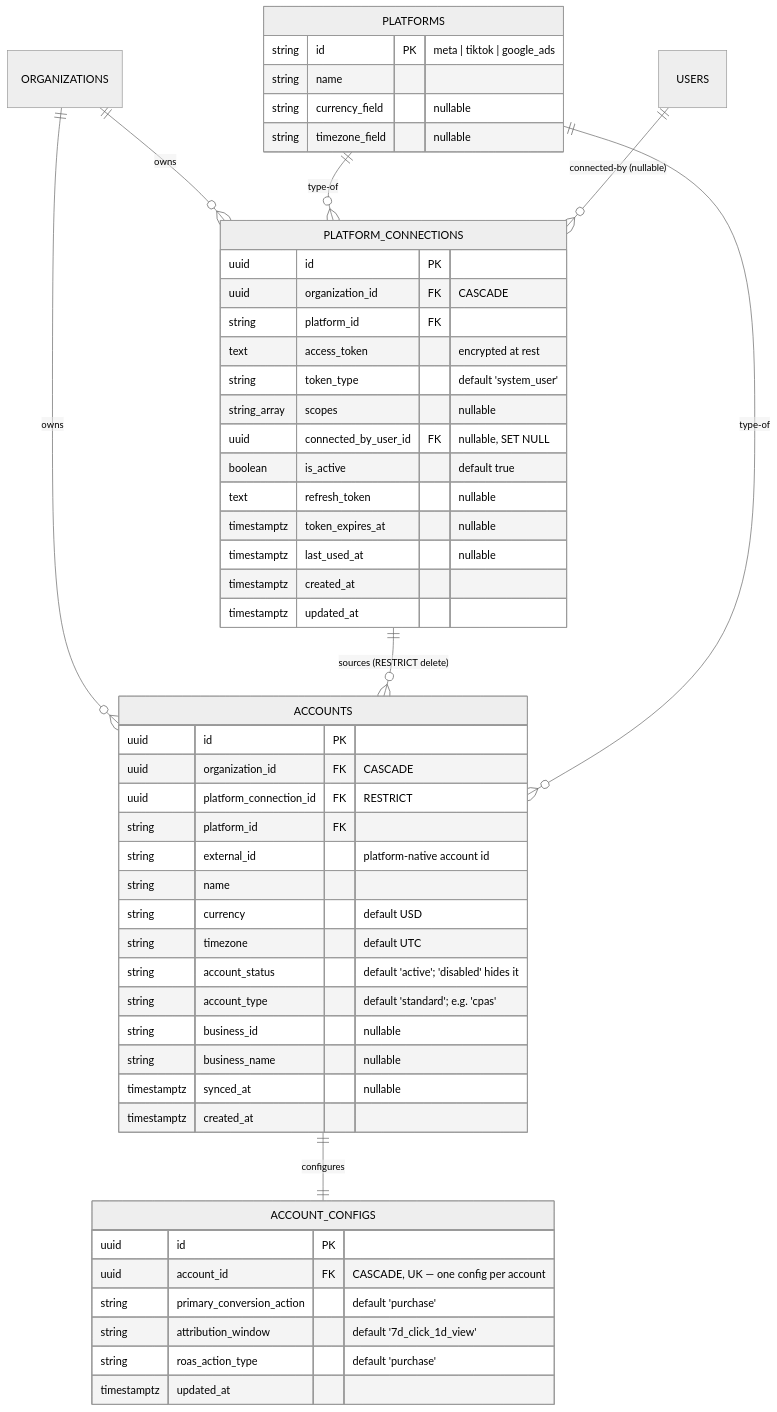
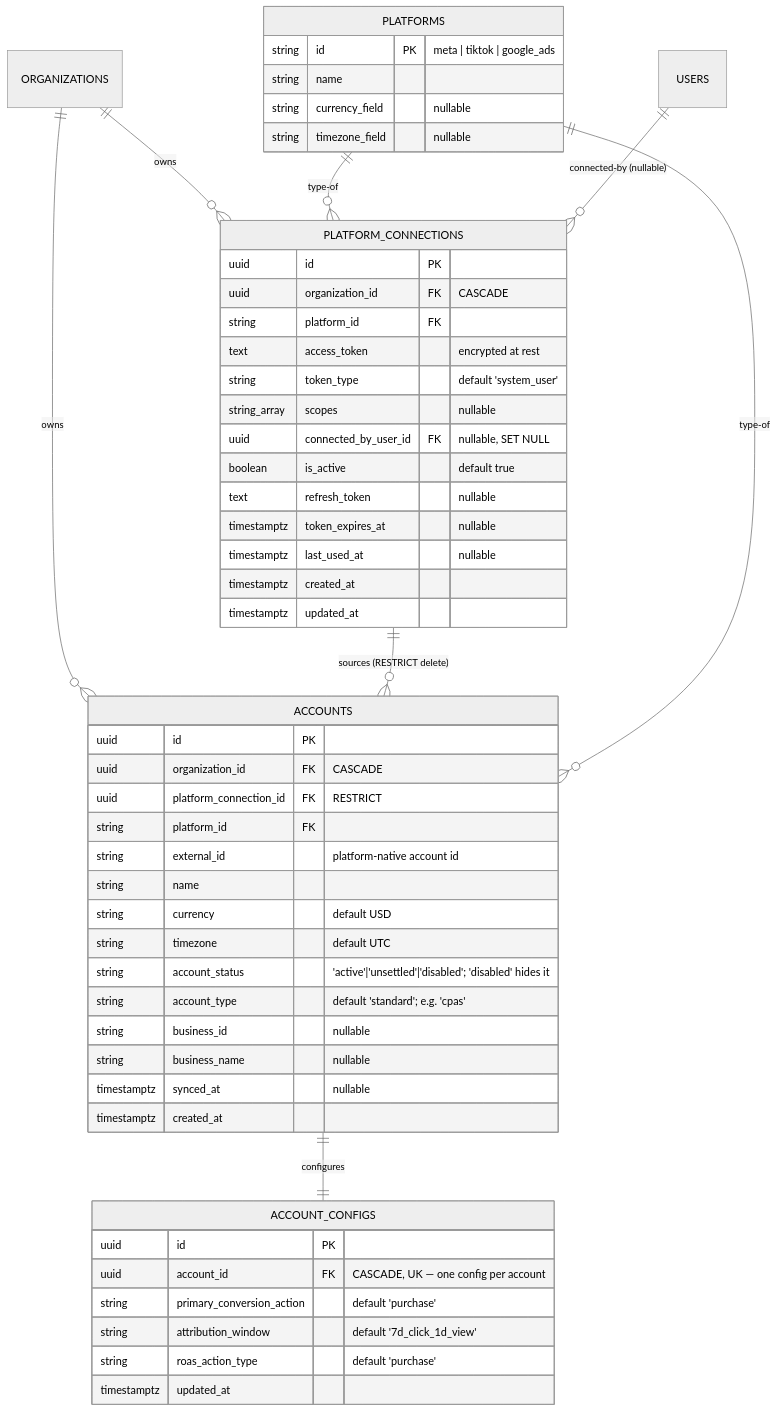
One commit to jamalakbara/dashmet changed the third of 5 diagrams in docs/erd.md. Above: the diagram before and after it, drawn with Mermaid (neutral theme). The commit also changed 23 other files, not shown here.

````diff
--- a/docs/erd.md
+++ b/docs/erd.md
@@ -135,59 +135,59 @@
 ```mermaid
 erDiagram
     ORGANIZATIONS ||--o{ PLATFORM_CONNECTIONS : "owns"
     PLATFORMS ||--o{ PLATFORM_CONNECTIONS : "type-of"
     USERS ||--o{ PLATFORM_CONNECTIONS : "connected-by (nullable)"
     ORGANIZATIONS ||--o{ ACCOUNTS : "owns"
     PLATFORM_CONNECTIONS ||--o{ ACCOUNTS : "sources (RESTRICT delete)"
     PLATFORMS ||--o{ ACCOUNTS : "type-of"
     ACCOUNTS ||--|| ACCOUNT_CONFIGS : "configures"
 
     PLATFORMS {
         string id PK "meta | tiktok | google_ads"
         string name
         string currency_field "nullable"
         string timezone_field "nullable"
     }
 
     PLATFORM_CONNECTIONS {
         uuid id PK
         uuid organization_id FK "CASCADE"
         string platform_id FK
         text access_token "encrypted at rest"
         string token_type "default 'system_user'"
         string_array scopes "nullable"
         uuid connected_by_user_id FK "nullable, SET NULL"
         boolean is_active "default true"
         text refresh_token "nullable"
         timestamptz token_expires_at "nullable"
         timestamptz last_used_at "nullable"
         timestamptz created_at
         timestamptz updated_at
     }
 
     ACCOUNTS {
         uuid id PK
         uuid organization_id FK "CASCADE"
         uuid platform_connection_id FK "RESTRICT"
         string platform_id FK
         string external_id "platform-native account id"
         string name
         string currency "default USD"
         string timezone "default UTC"
-        string account_status "default 'active'; 'disabled' hides it"
+        string account_status "'active'|'unsettled'|'disabled'; 'disabled' hides it"
         string account_type "default 'standard'; e.g. 'cpas'"
         string business_id "nullable"
         string business_name "nullable"
         timestamptz synced_at "nullable"
         timestamptz created_at
     }
 
     ACCOUNT_CONFIGS {
         uuid id PK
         uuid account_id FK "CASCADE, UK — one config per account"
         string primary_conversion_action "default 'purchase'"
         string attribution_window "default '7d_click_1d_view'"
         string roas_action_type "default 'purchase'"
         timestamptz updated_at
     }
 ```
````
